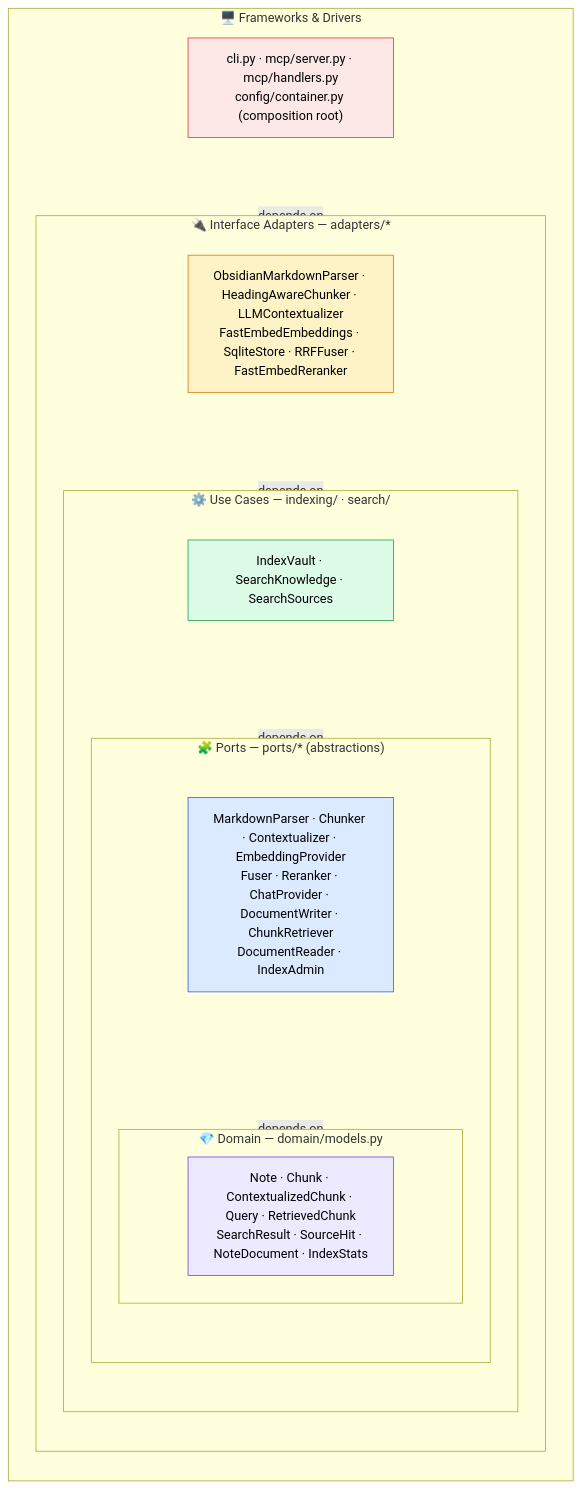
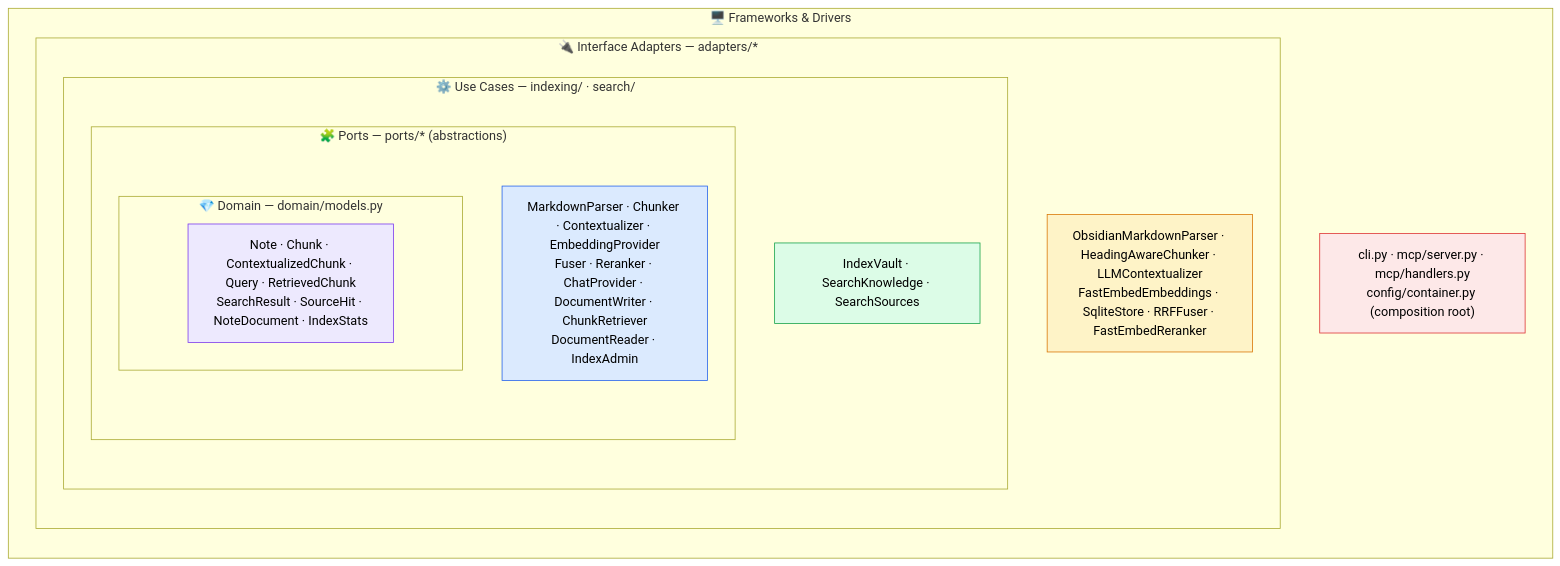
Before and after one commit to paull78/ariostea: the first of 4 diagrams in ARCHITECTURE.md, drawn with Mermaid. The commit also changed 1 other file, not shown here.

Commit message:
docs: fix overlapping dependency arrows in architecture diagrams
Nested Mermaid subgraphs with inter-layer arrows routed the "depends on"
edges through the inner boxes, colliding with the Domain node. Rely on the
concentric nesting to convey containment and state the inward-dependency
rule in a caption instead.

````diff
--- a/ARCHITECTURE.md
+++ b/ARCHITECTURE.md
@@ -16,35 +16,33 @@
 ```mermaid
 flowchart TB
     subgraph FD["🖥️ Frameworks & Drivers"]
         direction TB
         FDnodes["cli.py · mcp/server.py · mcp/handlers.py<br/>config/container.py (composition root)"]
         subgraph IA["🔌 Interface Adapters — adapters/*"]
             direction TB
             IAnodes["ObsidianMarkdownParser · HeadingAwareChunker · LLMContextualizer<br/>FastEmbedEmbeddings · SqliteStore · RRFFuser · FastEmbedReranker"]
             subgraph UC["⚙️ Use Cases — indexing/ · search/"]
                 direction TB
                 UCnodes["IndexVault · SearchKnowledge · SearchSources"]
                 subgraph PO["🧩 Ports — ports/* (abstractions)"]
                     direction TB
                     POnodes["MarkdownParser · Chunker · Contextualizer · EmbeddingProvider<br/>Fuser · Reranker · ChatProvider · DocumentWriter · ChunkRetriever<br/>DocumentReader · IndexAdmin"]
                     subgraph DM["💎 Domain — domain/models.py"]
                         DMnodes["Note · Chunk · ContextualizedChunk · Query · RetrievedChunk<br/>SearchResult · SourceHit · NoteDocument · IndexStats"]
                     end
                 end
             end
         end
     end
 
-    FD -.->|depends on| IA -.->|depends on| UC -.->|depends on| PO -.->|depends on| DM
-
     classDef fd fill:#fde8e8,stroke:#d33,color:#000;
     classDef ia fill:#fef3c7,stroke:#d97706,color:#000;
     classDef uc fill:#dcfce7,stroke:#16a34a,color:#000;
     classDef po fill:#dbeafe,stroke:#2563eb,color:#000;
     classDef dm fill:#ede9fe,stroke:#7c3aed,color:#000;
     class FDnodes fd;
     class IAnodes ia;
     class UCnodes uc;
     class POnodes po;
     class DMnodes dm;
 ```
````
